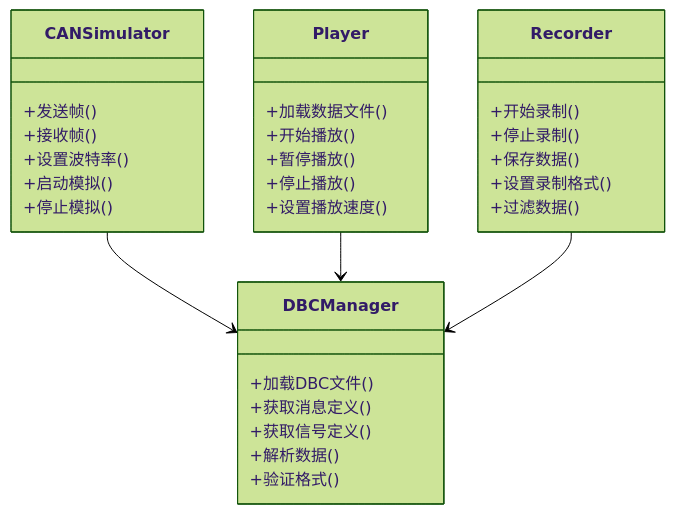
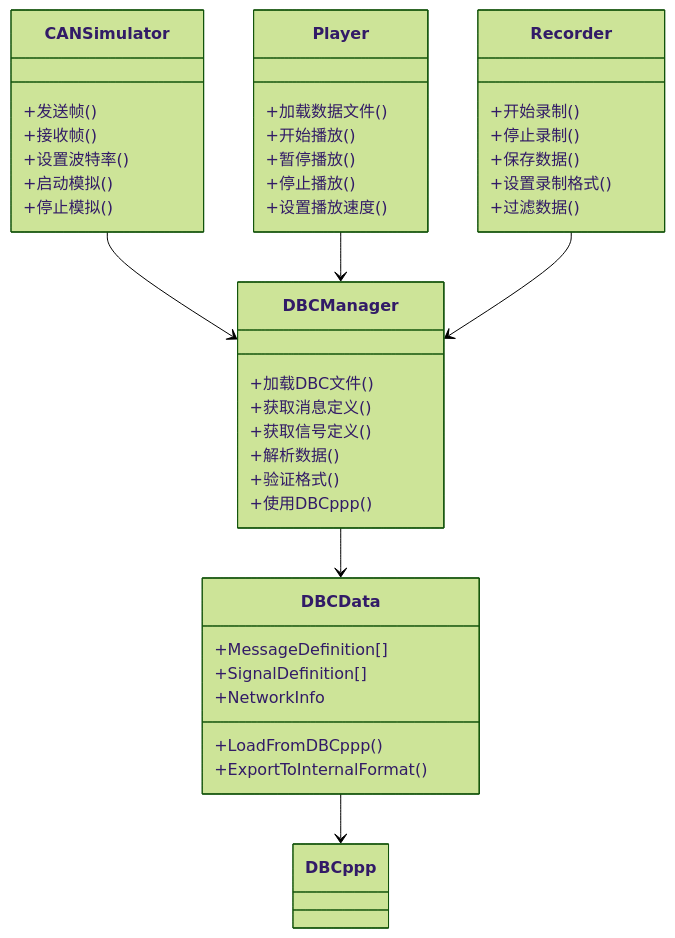
One commit to jakecai1225-design/OpenBus changed the fourth of 8 diagrams in .qoder/repowiki/zh/content/架构设计/架构设计.md. Above: the diagram before and after it, drawn with Mermaid (forest theme). The commit also changed other lines of this file and 16 other files, not shown here.

````diff
--- a/.qoder/repowiki/zh/content/架构设计/架构设计.md
+++ b/.qoder/repowiki/zh/content/架构设计/架构设计.md
@@ -221,34 +238,44 @@
 ```mermaid
 classDiagram
 class CANSimulator {
 +发送帧()
 +接收帧()
 +设置波特率()
 +启动模拟()
 +停止模拟()
 }
 class DBCManager {
 +加载DBC文件()
 +获取消息定义()
 +获取信号定义()
 +解析数据()
 +验证格式()
++使用DBCppp()
+}
+class DBCData {
++MessageDefinition[]
++SignalDefinition[]
++NetworkInfo
++LoadFromDBCppp()
++ExportToInternalFormat()
 }
 class Player {
 +加载数据文件()
 +开始播放()
 +暂停播放()
 +停止播放()
 +设置播放速度()
 }
 class Recorder {
 +开始录制()
 +停止录制()
 +保存数据()
 +设置录制格式()
 +过滤数据()
 }
 CANSimulator --> DBCManager
 Player --> DBCManager
 Recorder --> DBCManager
+DBCManager --> DBCData
+DBCData --> DBCppp
 ```
````
